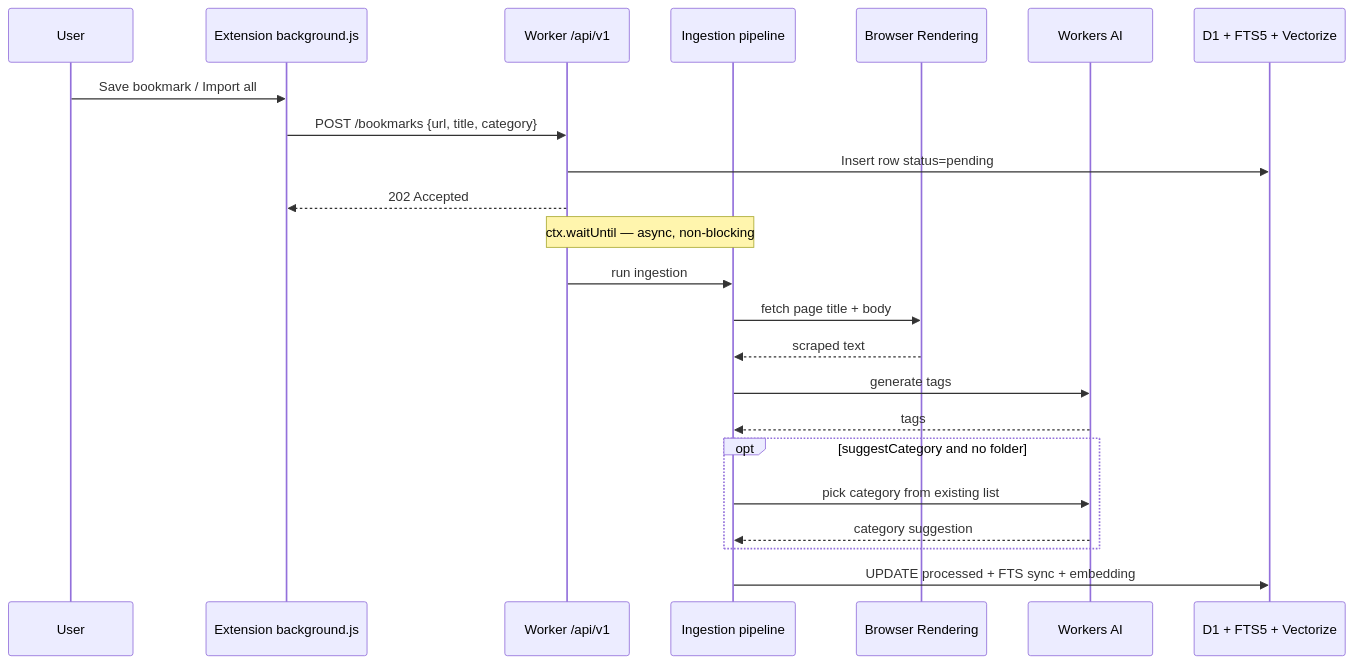
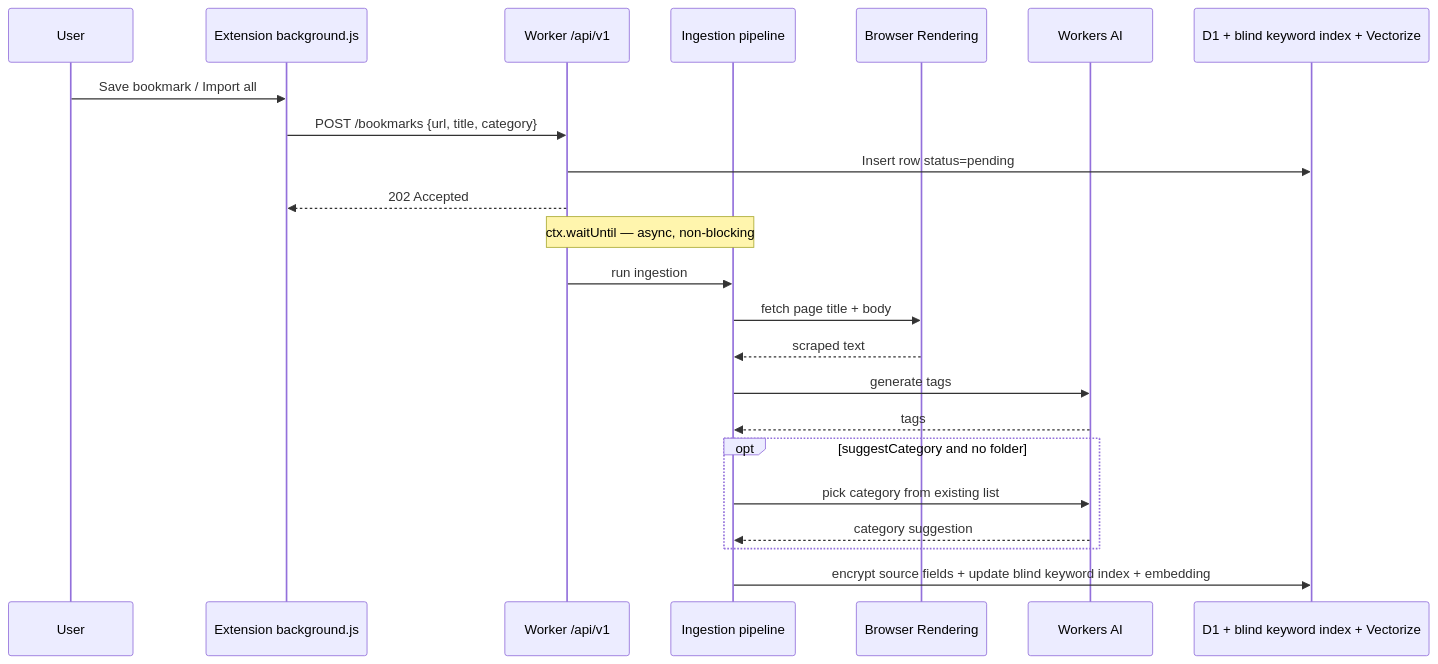
One commit to omoinjm/njmtech-cross-browser-bookmark changed the second of 4 diagrams in docs/README.md. Above: the diagram before and after it, drawn with Mermaid. The commit also changed other lines of this file and 7 other files, not shown here.

Commit message:
Encrypt bookmark source storage

````diff
--- a/docs/README.md
+++ b/docs/README.md
@@ -52,28 +52,28 @@
 ```mermaid
 sequenceDiagram
   participant User
   participant Ext as Extension background.js
   participant API as Worker /api/v1
   participant Pipe as Ingestion pipeline
   participant Scraper as Browser Rendering
   participant TagAI as Workers AI
-  participant DB as D1 + FTS5 + Vectorize
+  participant DB as D1 + blind keyword index + Vectorize
 
   User->>Ext: Save bookmark / Import all
   Ext->>API: POST /bookmarks {url, title, category}
   API->>DB: Insert row status=pending
   API-->>Ext: 202 Accepted
 
   Note over API,Pipe: ctx.waitUntil — async, non-blocking
 
   API->>Pipe: run ingestion
   Pipe->>Scraper: fetch page title + body
   Scraper-->>Pipe: scraped text
   Pipe->>TagAI: generate tags
   TagAI-->>Pipe: tags
   opt suggestCategory and no folder
     Pipe->>TagAI: pick category from existing list
     TagAI-->>Pipe: category suggestion
   end
-  Pipe->>DB: UPDATE processed + FTS sync + embedding
+  Pipe->>DB: encrypt source fields + update blind keyword index + embedding
 ```
````
